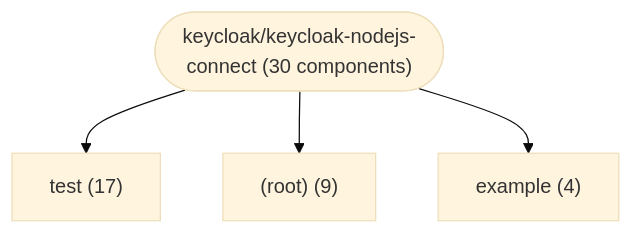
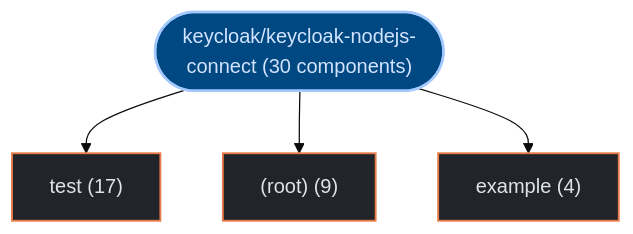
One commit to kumarshaz/atruss-code-atlas changed the first of 2 diagrams in exports/latest/reports/keycloak-keycloak-nodejs-connect-report.md. Above: the diagram before and after it, drawn with Mermaid (base theme). The commit also changed other lines of this file and 331 other files, not shown here.

Commit message:
docs,ui,fix: update SDLC docs, reorder CI/CD DAG first, stylize Mermaid, and fix Arc42 pipeline topology

````diff
--- a/exports/latest/reports/keycloak-keycloak-nodejs-connect-report.md
+++ b/exports/latest/reports/keycloak-keycloak-nodejs-connect-report.md
@@ -42,10 +42,17 @@
 ```mermaid
 graph TD;
-    repo_root(["keycloak/keycloak-nodejs-connect (30 components)"])
-    dir_0_test["test (17)"]
+  classDef atlasRoot fill:#004882,stroke:#a3c9ff,stroke-width:2px,color:#d3e4ff
+  classDef atlasCategory fill:#212428,stroke:#E87A48,stroke-width:1.5px,color:#dfe3eb
+  classDef atlasWorkflow fill:#1b2026,stroke:#a3c9ff,stroke-width:1.5px,color:#dfe3eb
+  classDef atlasJob fill:#171c22,stroke:#8d9199,stroke-width:1px,color:#dfe3eb
+  classDef atlasTarget fill:#005227,stroke:#8bd99b,stroke-width:1.5px,color:#a7f6b6
+  classDef atlasAlert fill:#93000a,stroke:#ffb4ab,stroke-width:1.5px,color:#ffdad6
+  classDef atlasMore fill:#252a31,stroke:#8d9199,stroke-dasharray:4 4,color:#c3c6cf
+    repo_root(["keycloak/keycloak-nodejs-connect (30 components)"]):::atlasRoot
+    dir_0_test["test (17)"]:::atlasCategory
     repo_root --> dir_0_test
-    dir_1__root_["(root) (9)"]
+    dir_1__root_["(root) (9)"]:::atlasCategory
     repo_root --> dir_1__root_
-    dir_2_example["example (4)"]
+    dir_2_example["example (4)"]:::atlasCategory
     repo_root --> dir_2_example
 ```
````
